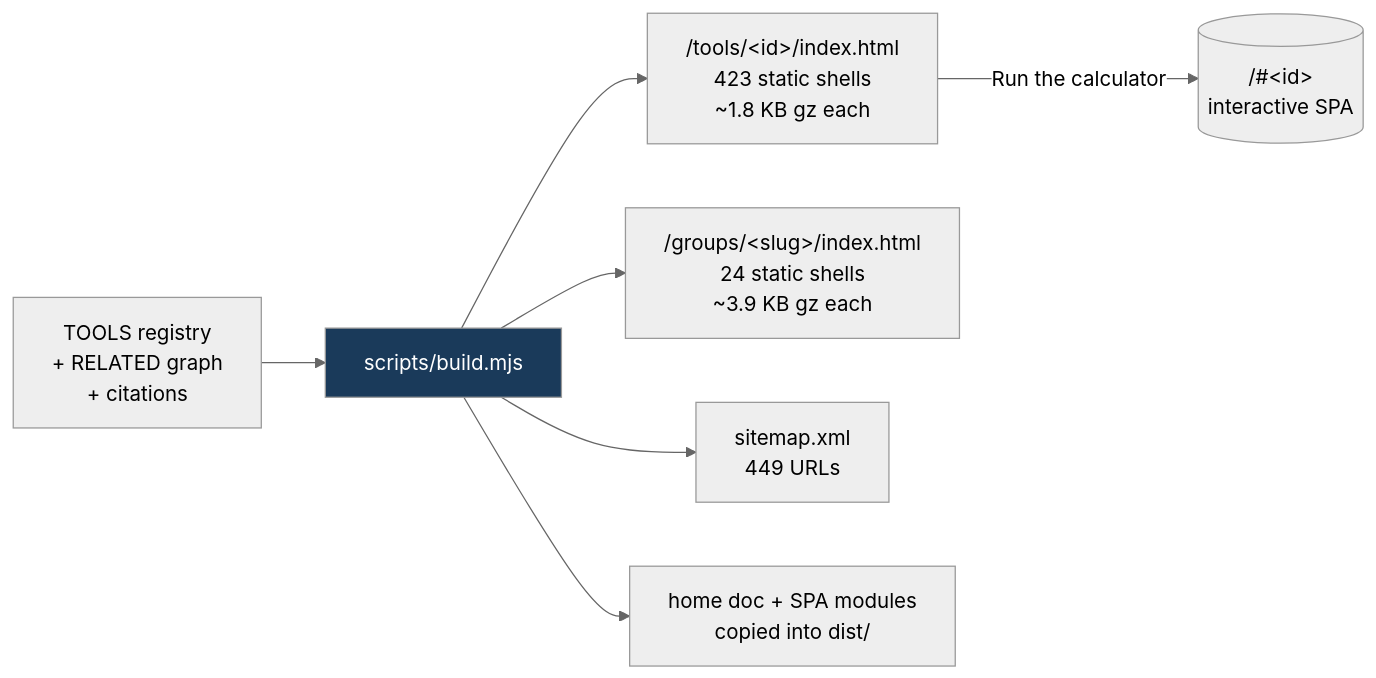
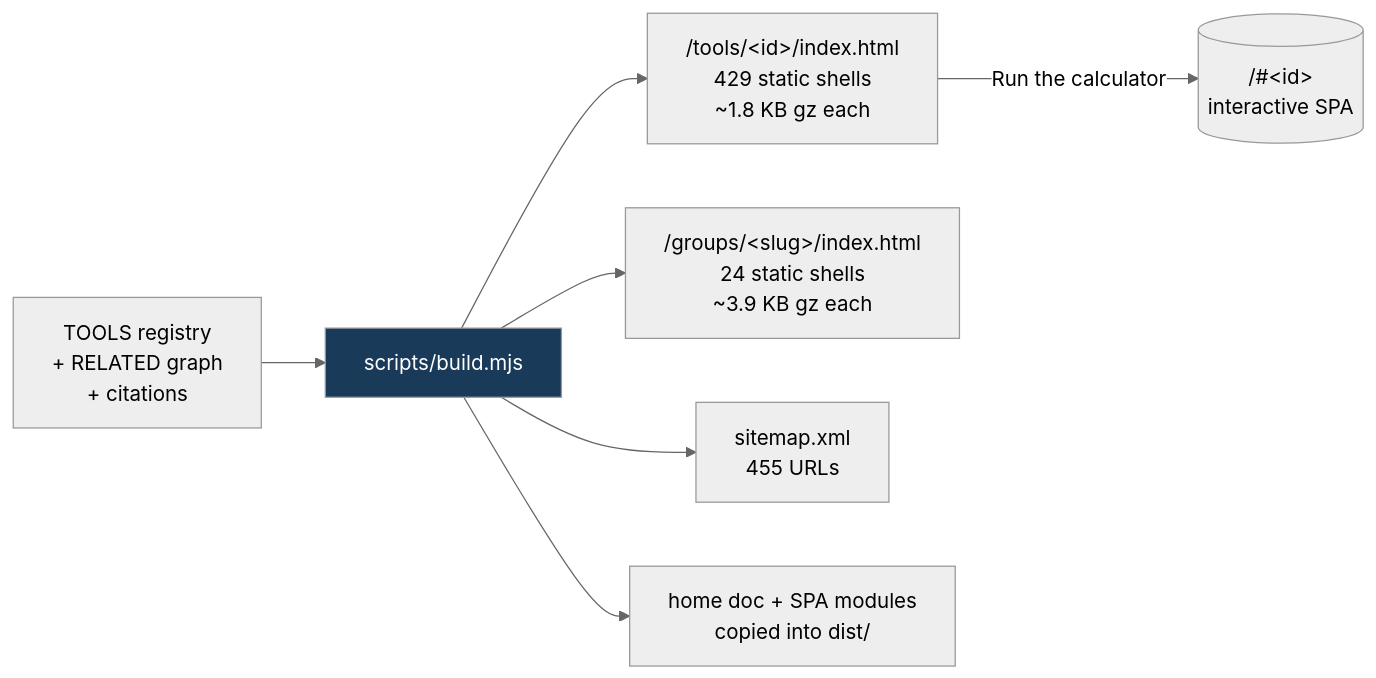
One commit to clay-good/roughlogic.com changed the third of 5 diagrams in README.md. Above: the diagram before and after it, drawn with Mermaid (neutral theme). The commit also changed other lines of this file and 17 other files, not shown here.

````diff
--- a/README.md
+++ b/README.md
@@ -188,10 +188,10 @@
 ```mermaid
 flowchart LR
     SRC[TOOLS registry\n+ RELATED graph\n+ citations] --> BUILD[scripts/build.mjs]
-    BUILD --> TILE["/tools/&lt;id&gt;/index.html\n423 static shells\n~1.8 KB gz each"]
+    BUILD --> TILE["/tools/&lt;id&gt;/index.html\n429 static shells\n~1.8 KB gz each"]
     BUILD --> GROUP["/groups/&lt;slug&gt;/index.html\n24 static shells\n~3.9 KB gz each"]
-    BUILD --> MAP["sitemap.xml\n449 URLs"]
+    BUILD --> MAP["sitemap.xml\n455 URLs"]
     BUILD --> COPY[home doc + SPA modules\ncopied into dist/]
     TILE -->|Run the calculator| SPA[("/#&lt;id&gt;\ninteractive SPA")]
     style BUILD fill:#1a3a5a,color:#fff
 ```
````
